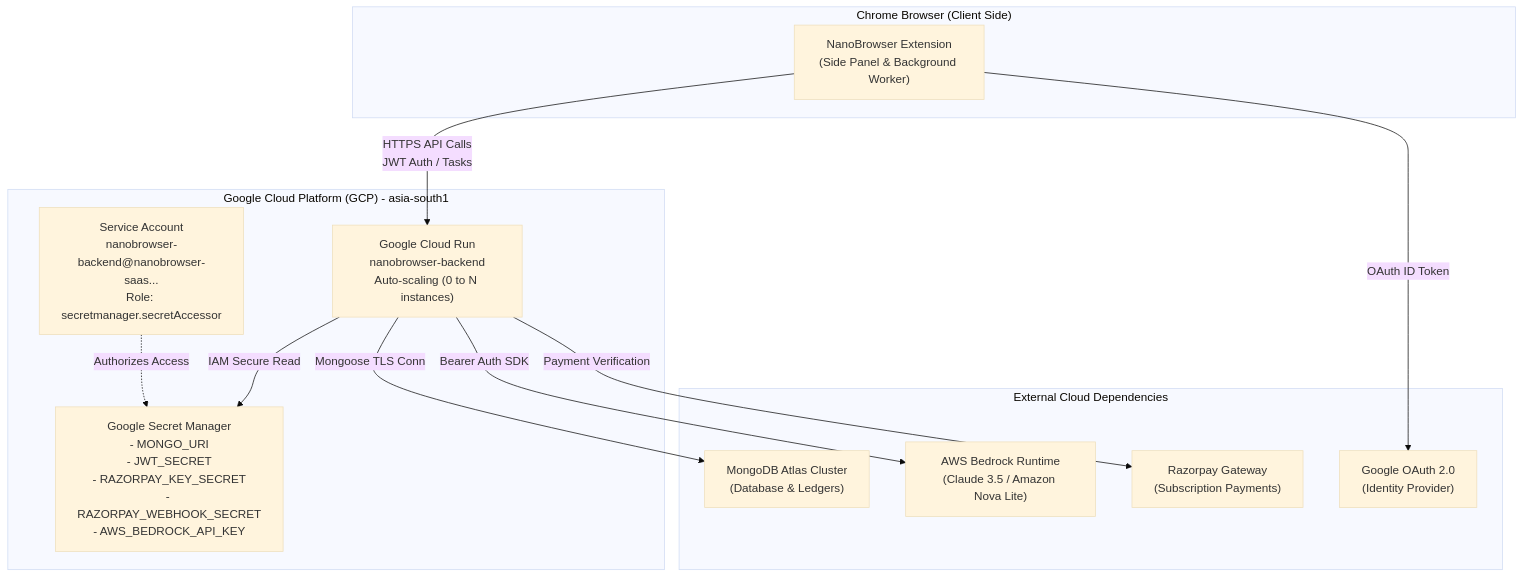
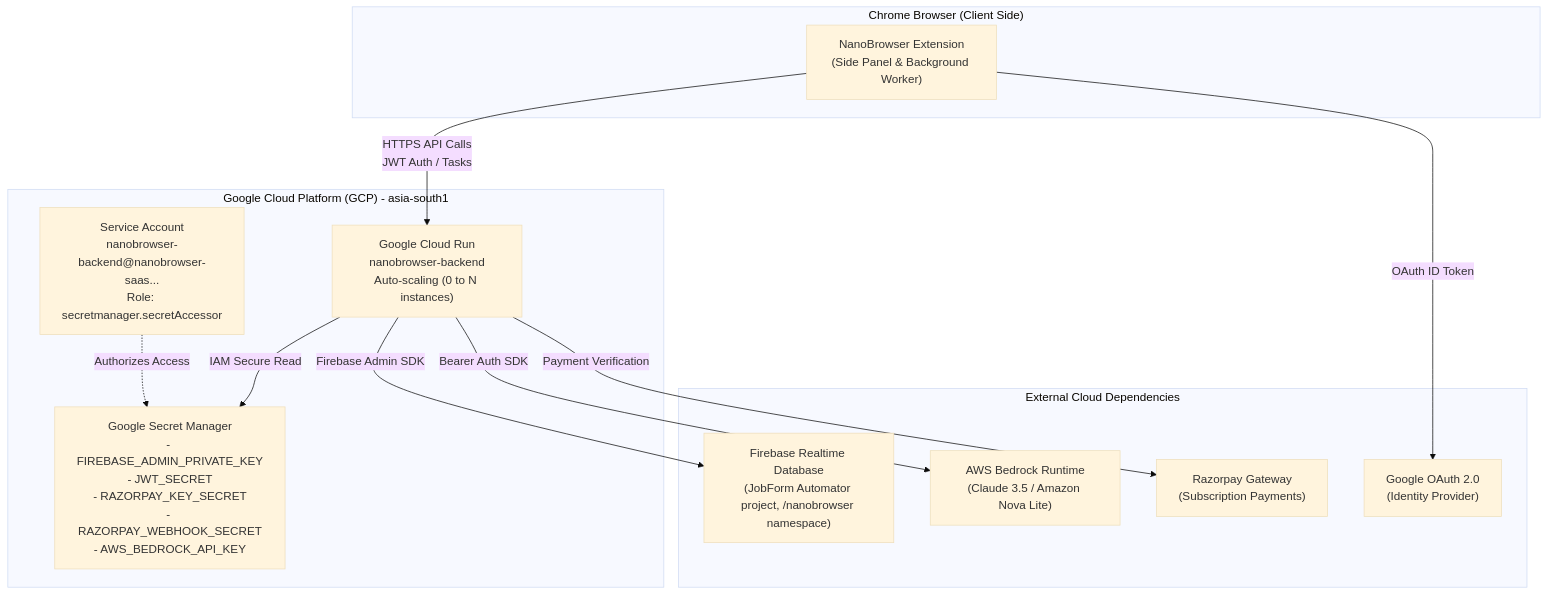
One commit to aikingsolution-lang/Ai-agent-browser changed the diagram in docs/GOOGLE_CLOUD_ARCHITECTURE_AND_RUNBOOK.md. Above: the diagram before and after it, drawn with Mermaid (base theme). The commit also changed other lines of this file and 15 other files, not shown here.

Commit message:
docs: Firebase migration and JobForm Automator website session

````diff
--- a/docs/GOOGLE_CLOUD_ARCHITECTURE_AND_RUNBOOK.md
+++ b/docs/GOOGLE_CLOUD_ARCHITECTURE_AND_RUNBOOK.md
@@ -37,27 +42,27 @@
 ```mermaid
 flowchart TD
     subgraph Client["Chrome Browser (Client Side)"]
         Ext["NanoBrowser Extension<br/>(Side Panel & Background Worker)"]
     end
 
     subgraph GCP["Google Cloud Platform (GCP) - asia-south1"]
         CR["Google Cloud Run<br/>nanobrowser-backend<br/>Auto-scaling (0 to N instances)"]
-        SM["Google Secret Manager<br/>- MONGO_URI<br/>- JWT_SECRET<br/>- RAZORPAY_KEY_SECRET<br/>- RAZORPAY_WEBHOOK_SECRET<br/>- AWS_BEDROCK_API_KEY"]
+        SM["Google Secret Manager<br/>- FIREBASE_ADMIN_PRIVATE_KEY<br/>- JWT_SECRET<br/>- RAZORPAY_KEY_SECRET<br/>- RAZORPAY_WEBHOOK_SECRET<br/>- AWS_BEDROCK_API_KEY"]
         SA["Service Account<br/>nanobrowser-backend@nanobrowser-saas...<br/>Role: secretmanager.secretAccessor"]
     end
 
     subgraph External["External Cloud Dependencies"]
-        Mongo["MongoDB Atlas Cluster<br/>(Database & Ledgers)"]
+        RTDB["Firebase Realtime Database<br/>(JobForm Automator project, /nanobrowser namespace)"]
         AWS["AWS Bedrock Runtime<br/>(Claude 3.5 / Amazon Nova Lite)"]
         RP["Razorpay Gateway<br/>(Subscription Payments)"]
         OAuth["Google OAuth 2.0<br/>(Identity Provider)"]
     end
 
     Ext -->|"HTTPS API Calls<br/>JWT Auth / Tasks"| CR
     Ext -->|"OAuth ID Token"| OAuth
     CR -->|"IAM Secure Read"| SM
     SA -.->|"Authorizes Access"| SM
-    CR -->|"Mongoose TLS Conn"| Mongo
+    CR -->|"Firebase Admin SDK"| RTDB
     CR -->|"Bearer Auth SDK"| AWS
     CR -->|"Payment Verification"| RP
 ```
````
